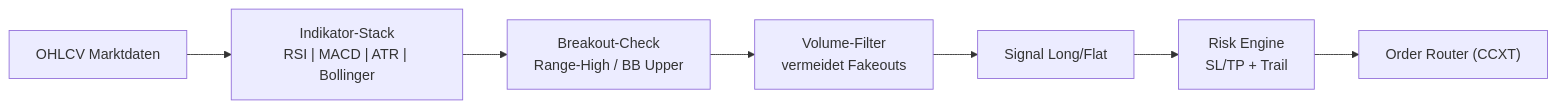
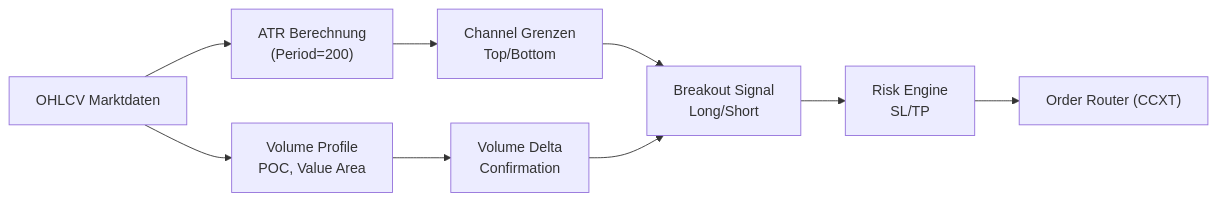
One commit to Youra82/stbot changed the diagram in README.md. Above: the diagram before and after it, drawn with Mermaid. The commit also changed other lines of this file and 93 other files, not shown here.

Commit message:
kbot: migrate to Stoch‑RSI; fix interactive chart timestamps & sanitization; add tests

````diff
--- a/README.md
+++ b/README.md
@@ -32,12 +32,17 @@
 ```mermaid
 flowchart LR
     A["OHLCV Marktdaten"]
-    B["Indikator-Stack<br/>RSI | MACD | ATR | Bollinger"]
-    C["Breakout-Check<br/>Range-High / BB Upper"]
-    D["Volume-Filter<br/>vermeidet Fakeouts"]
-    E["Signal Long/Flat"]
-    F["Risk Engine<br/>SL/TP + Trail"]
-    G["Order Router (CCXT)"]
+    B["ATR Berechnung<br/>(Period=200)"]
+    C["Channel Grenzen<br/>Top/Bottom"]
+    D["Volume Profile<br/>POC, Value Area"]
+    E["Volume Delta<br/>Confirmation"]
+    F["Breakout Signal<br/>Long/Short"]
+    G["Risk Engine<br/>SL/TP"]
+    H["Order Router (CCXT)"]
 
-    A --> B --> C --> D --> E --> F --> G
+    A --> B --> C
+    A --> D --> E
+    C --> F
+    E --> F
+    F --> G --> H
 ```
````
